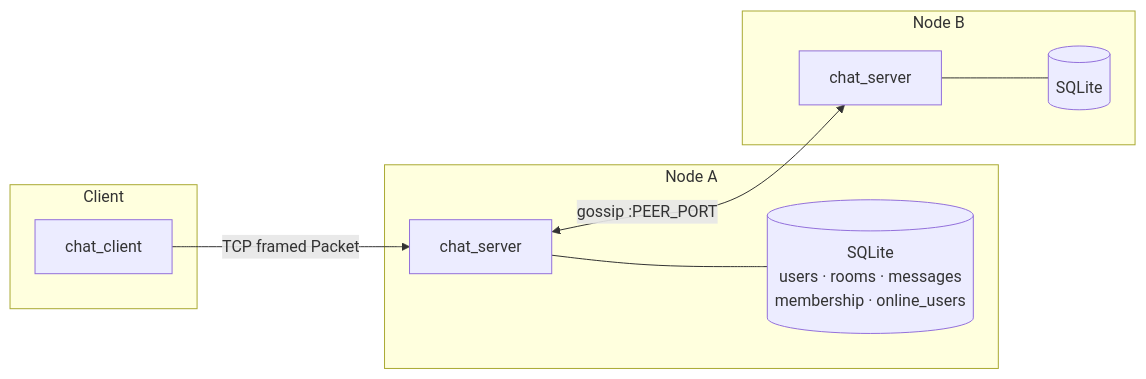
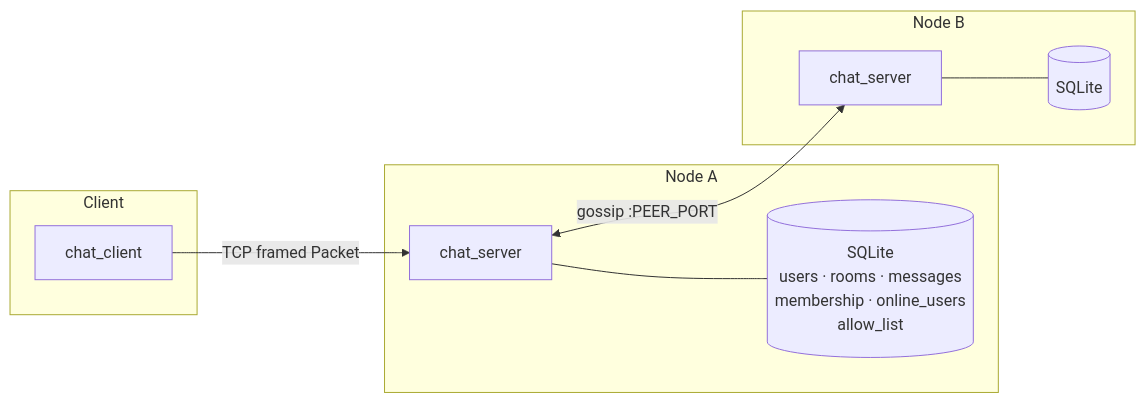
One commit to OmriSpitzer/Distributed-Chat-Server changed the first of 9 diagrams in database.md. Above: the diagram before and after it, drawn with Mermaid. The commit also changed other lines of this file and 17 other files, not shown here.

````diff
--- a/database.md
+++ b/database.md
@@ -11,21 +13,21 @@
 ```mermaid
 flowchart LR
   subgraph C["Client"]
     CC["chat_client"]
   end
 
   subgraph N1["Node A"]
     SA["chat_server"]
-    DBA[("SQLite<br/>users · rooms · messages<br/>membership · online_users")]
+    DBA[("SQLite<br/>users · rooms · messages<br/>membership · online_users<br/>allow_list")]
     SA --- DBA
   end
 
   subgraph N2["Node B"]
     SB["chat_server"]
     DBB[("SQLite")]
     SB --- DBB
   end
 
   CC -->|"TCP framed Packet"| SA
   SA <-->|"gossip :PEER_PORT"| SB
 ```
````
